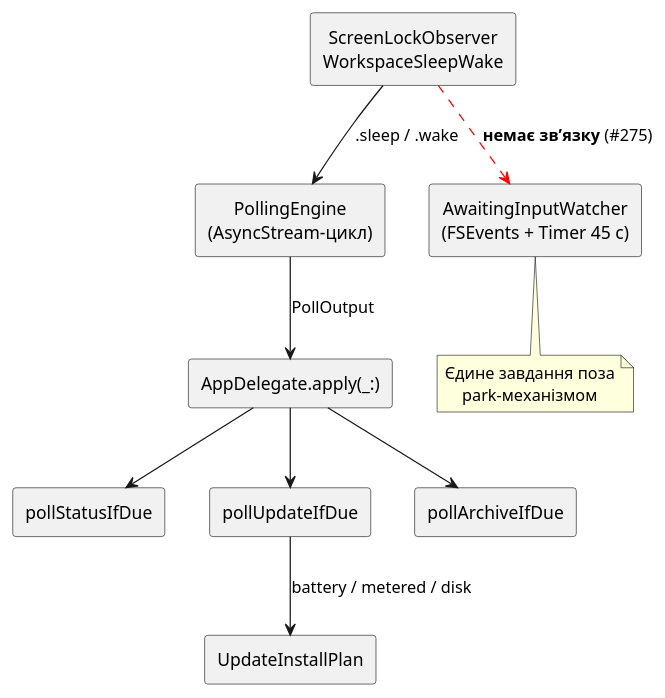
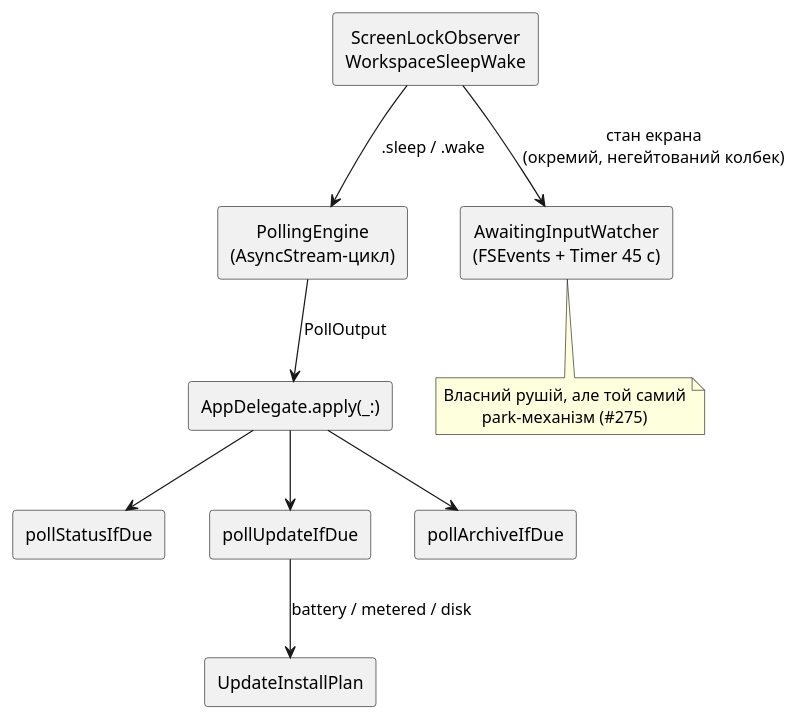
The diagram in docs/reference/performance.md (artem-from-ua/tokenpace), drawn with PlantUML before and after one commit. The commit also changed other lines of this file and 13 other files, not shown here.

````diff
--- a/docs/reference/performance.md
+++ b/docs/reference/performance.md
@@ -40,30 +40,30 @@
 ```plantuml
 @startuml
 skinparam componentStyle rectangle
 skinparam defaultTextAlignment center
 
 component "PollingEngine\n(AsyncStream-цикл)" as engine
 component "AppDelegate.apply(_:)" as apply
 component "pollStatusIfDue" as status
 component "pollUpdateIfDue" as update
 component "pollArchiveIfDue" as archive
 component "AwaitingInputWatcher\n(FSEvents + Timer 45 с)" as watcher
 
 component "ScreenLockObserver\nWorkspaceSleepWake" as park
 component "UpdateInstallPlan" as instplan
 
 park -down-> engine : .sleep / .wake
 engine -down-> apply : PollOutput
 apply -down-> status
 apply -down-> update
 apply -down-> archive
 update -down-> instplan : battery / metered / disk
 
-park -[#red,dashed]-> watcher : **немає звʼязку** (#275)
+park -down-> watcher : стан екрана\n(окремий, негейтований колбек)
 
 note bottom of watcher
-  Єдине завдання поза
-  park-механізмом
+  Власний рушій, але той самий
+  park-механізм (#275)
 end note
 @enduml
 ```
````
